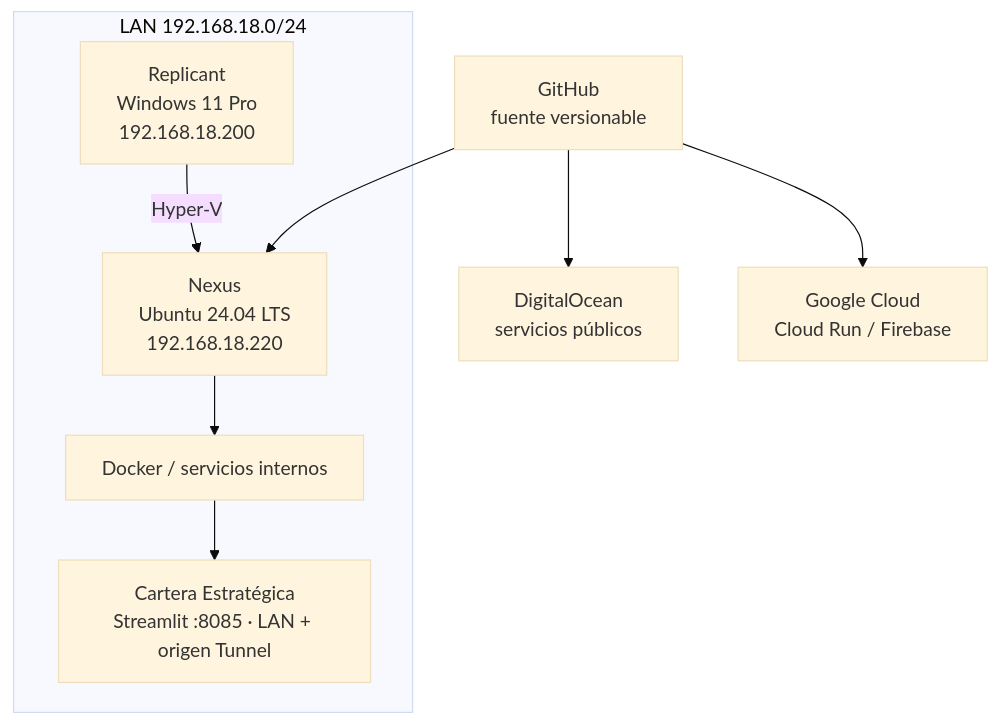
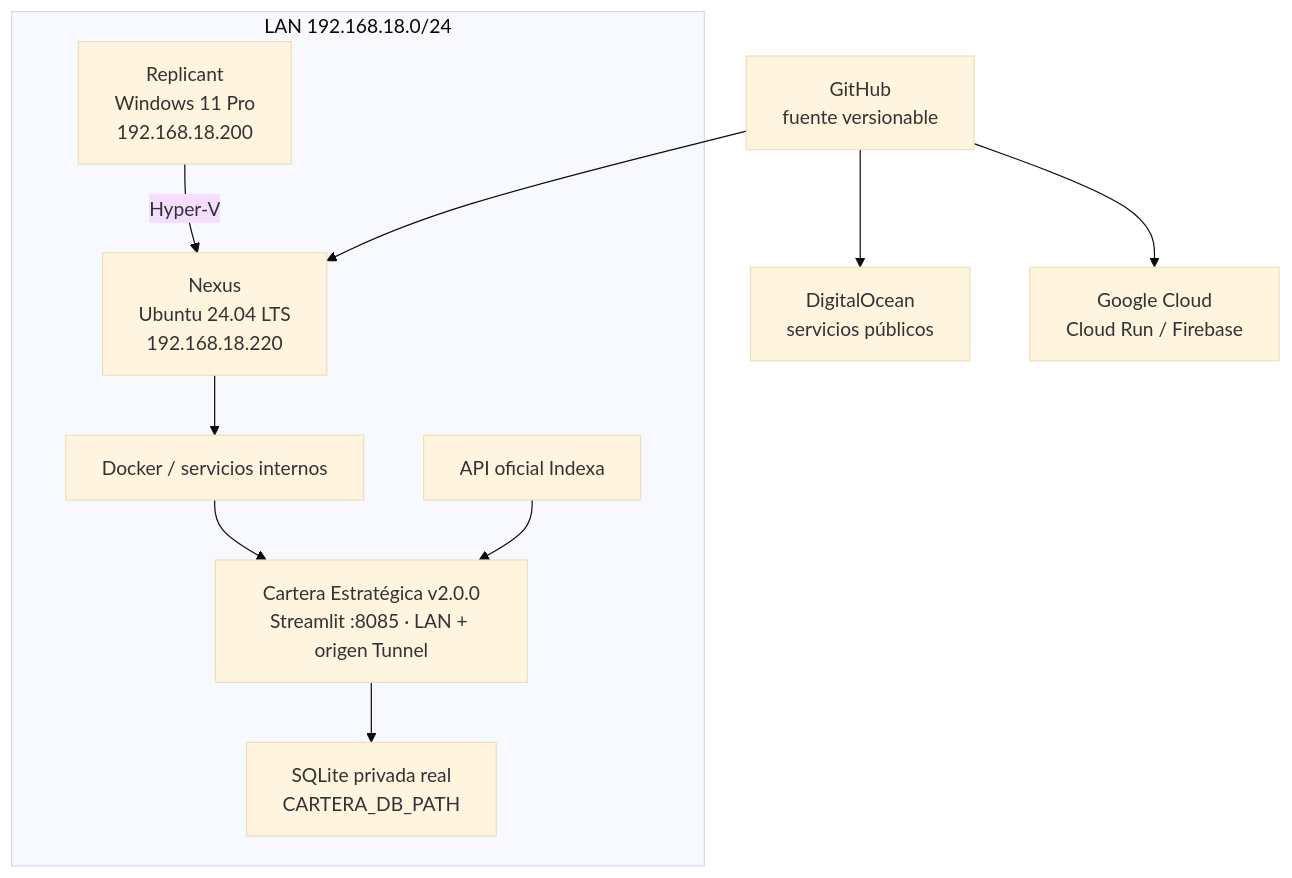
Before and after one commit to ratienza/infra-replicant-lab: the third of 4 diagrams in docs/arquitectura.md, drawn with Mermaid (base theme). The commit also changed other lines of this file and 37 other files, not shown here.

Commit message:
docs: publish Cartera v2.0.0 architecture and portables

````diff
--- a/docs/arquitectura.md
+++ b/docs/arquitectura.md
@@ -70,14 +70,16 @@
 ```mermaid
 flowchart TB
     subgraph LAN["LAN 192.168.18.0/24"]
         R["Replicant<br/>Windows 11 Pro<br/>192.168.18.200"]
         N["Nexus<br/>Ubuntu 24.04 LTS<br/>192.168.18.220"]
         R -->|Hyper-V| N
         N --> NR["Docker / servicios internos"]
-        NR --> CE["Cartera Estratégica<br/>Streamlit :8085 · LAN + origen Tunnel"]
+        NR --> CE["Cartera Estratégica v2.0.0<br/>Streamlit :8085 · LAN + origen Tunnel"]
+        CE --> DB["SQLite privada real<br/>CARTERA_DB_PATH"]
+        API["API oficial Indexa"] --> CE
     end
 
     GH["GitHub<br/>fuente versionable"] --> N
     GH --> DO["DigitalOcean<br/>servicios públicos"]
     GH --> GC["Google Cloud<br/>Cloud Run / Firebase"]
 ```
````
